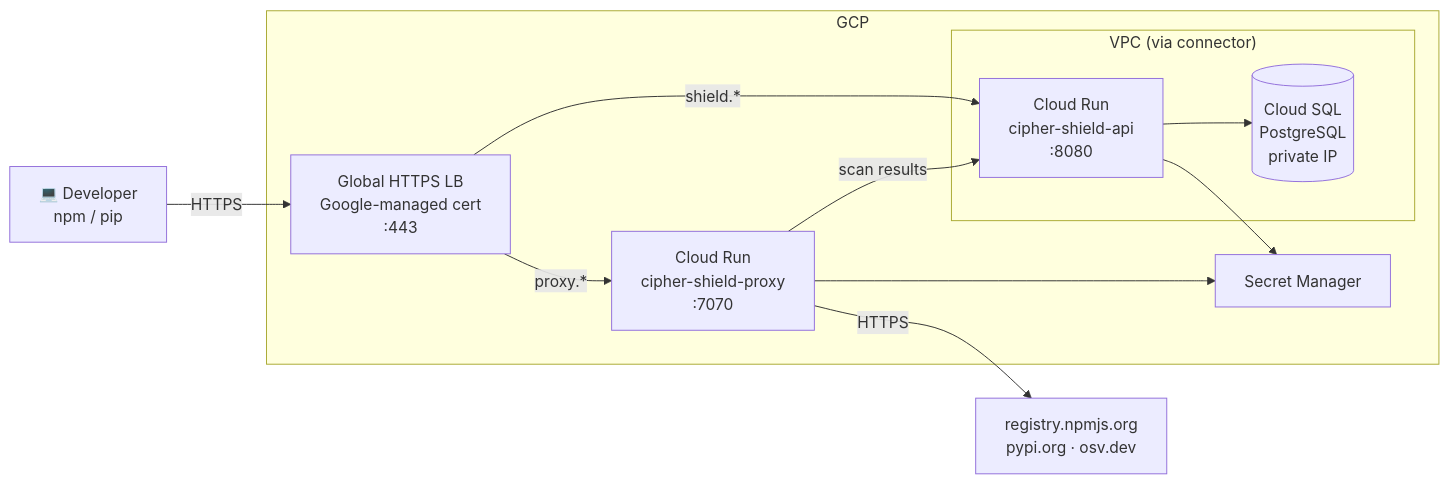
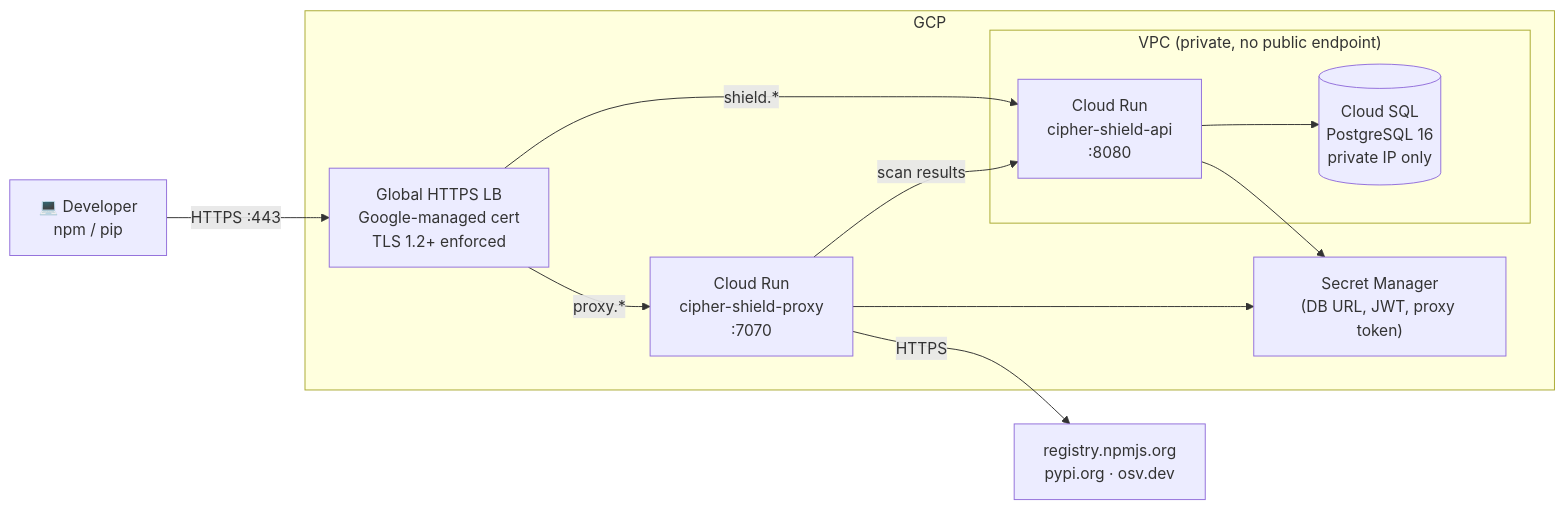
The diagram in docs/deploy-gcp-terraform.md (Cipher-OSS/cipher-shield), drawn with Mermaid before and after one commit. The commit also changed other lines of this file and 5 other files, not shown here.

````diff
--- a/docs/deploy-gcp-terraform.md
+++ b/docs/deploy-gcp-terraform.md
@@ -7,19 +7,19 @@
 ```mermaid
 flowchart LR
-    dev["💻 Developer\nnpm / pip"] -->|HTTPS| glb
+    dev["💻 Developer\nnpm / pip"] -->|HTTPS :443| glb
 
     subgraph gcp [" GCP "]
-        glb["Global HTTPS LB\nGoogle-managed cert\n:443"]
+        glb["Global HTTPS LB\nGoogle-managed cert\nTLS 1.2+ enforced"]
         glb -->|"shield.*"| api["Cloud Run\ncipher-shield-api\n:8080"]
         glb -->|"proxy.*"| proxy["Cloud Run\ncipher-shield-proxy\n:7070"]
         proxy -->|scan results| api
 
-        subgraph vpc [" VPC (via connector) "]
-            api --> sql[("Cloud SQL\nPostgreSQL\nprivate IP")]
+        subgraph vpc [" VPC (private, no public endpoint) "]
+            api --> sql[("Cloud SQL\nPostgreSQL 16\nprivate IP only")]
         end
 
-        api & proxy --> sm["Secret Manager"]
+        api & proxy --> sm["Secret Manager\n(DB URL, JWT, proxy token)"]
     end
 
     proxy -->|HTTPS| reg["registry.npmjs.org\npypi.org · osv.dev"]
 ```
````
